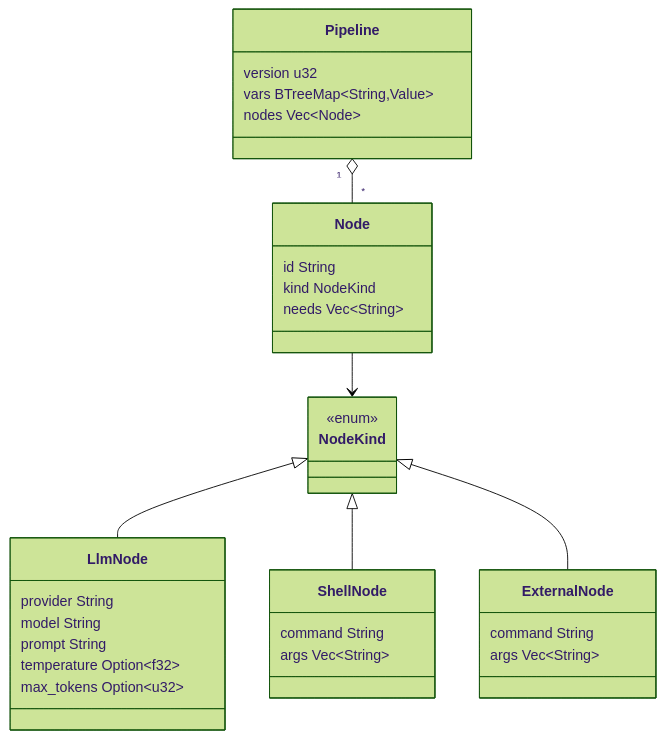
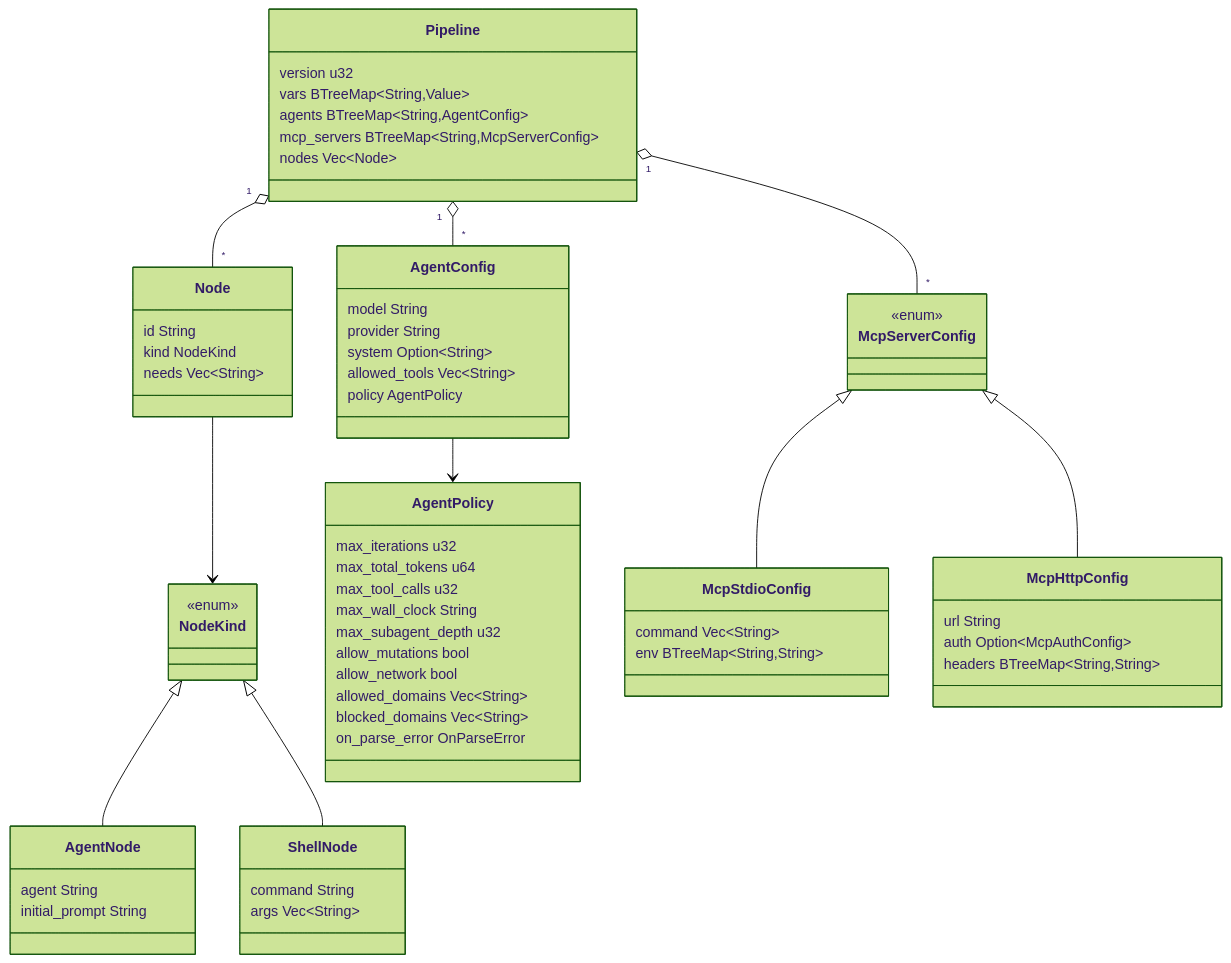
One commit to DoctorMozg/orno changed the eighth of 11 diagrams in docs/flows.md. Above: the diagram before and after it, drawn with Mermaid (forest theme). The commit also changed other lines of this file and 18 other files, not shown here.

````diff
--- a/docs/flows.md
+++ b/docs/flows.md
@@ -335,36 +331,66 @@
 ```mermaid
 classDiagram
     class Pipeline {
         version u32
         vars BTreeMap~String,Value~
+        agents BTreeMap~String,AgentConfig~
+        mcp_servers BTreeMap~String,McpServerConfig~
         nodes Vec~Node~
     }
     class Node {
         id String
         kind NodeKind
         needs Vec~String~
     }
     class NodeKind {
         <<enum>>
     }
-    class LlmNode {
-        provider String
-        model String
-        prompt String
-        temperature Option~f32~
-        max_tokens Option~u32~
+    class AgentNode {
+        agent String
+        initial_prompt String
     }
     class ShellNode {
         command String
         args Vec~String~
     }
-    class ExternalNode {
-        command String
-        args Vec~String~
+    class AgentConfig {
+        model String
+        provider String
+        system Option~String~
+        allowed_tools Vec~String~
+        policy AgentPolicy
+    }
+    class AgentPolicy {
+        max_iterations u32
+        max_total_tokens u64
+        max_tool_calls u32
+        max_wall_clock String
+        max_subagent_depth u32
+        allow_mutations bool
+        allow_network bool
+        allowed_domains Vec~String~
+        blocked_domains Vec~String~
+        on_parse_error OnParseError
+    }
+    class McpServerConfig {
+        <<enum>>
+    }
+    class McpStdioConfig {
+        command Vec~String~
+        env BTreeMap~String,String~
+    }
+    class McpHttpConfig {
+        url String
+        auth Option~McpAuthConfig~
+        headers BTreeMap~String,String~
     }
     Pipeline "1" o-- "*" Node
+    Pipeline "1" o-- "*" AgentConfig
+    Pipeline "1" o-- "*" McpServerConfig
     Node --> NodeKind
-    NodeKind <|-- LlmNode
+    NodeKind <|-- AgentNode
     NodeKind <|-- ShellNode
-    NodeKind <|-- ExternalNode
+    AgentConfig --> AgentPolicy
+    McpServerConfig <|-- McpStdioConfig
+    McpServerConfig <|-- McpHttpConfig
 ```
````
